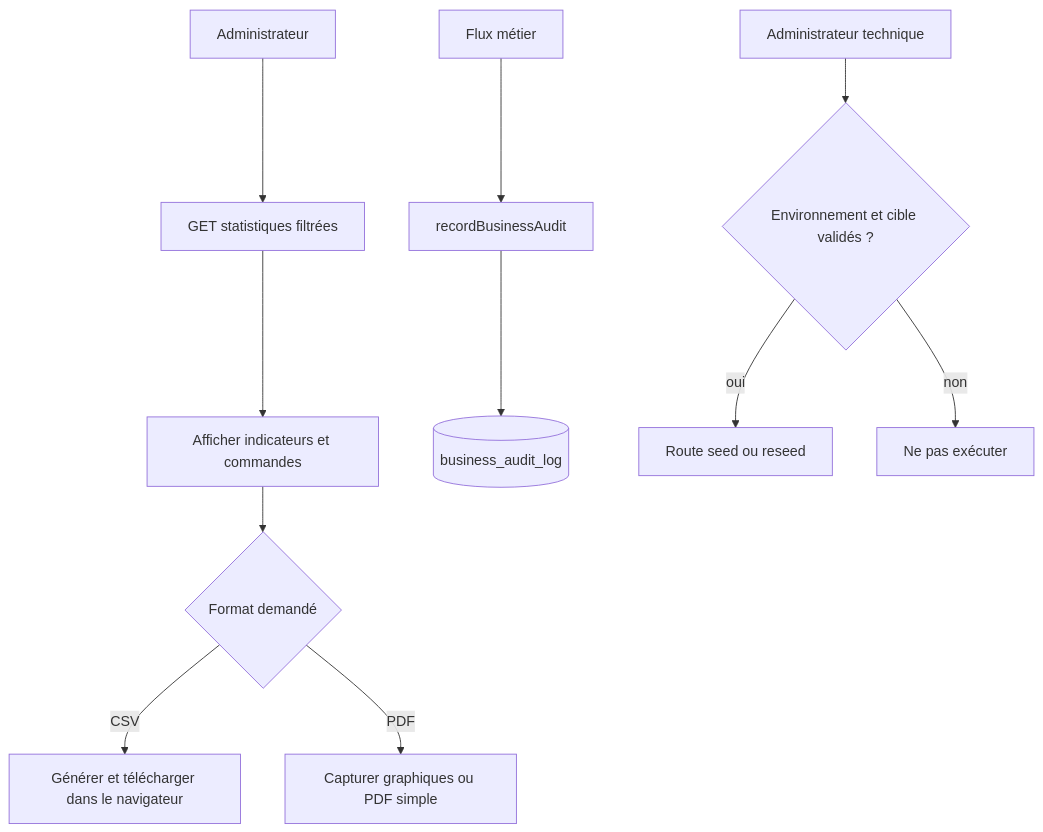
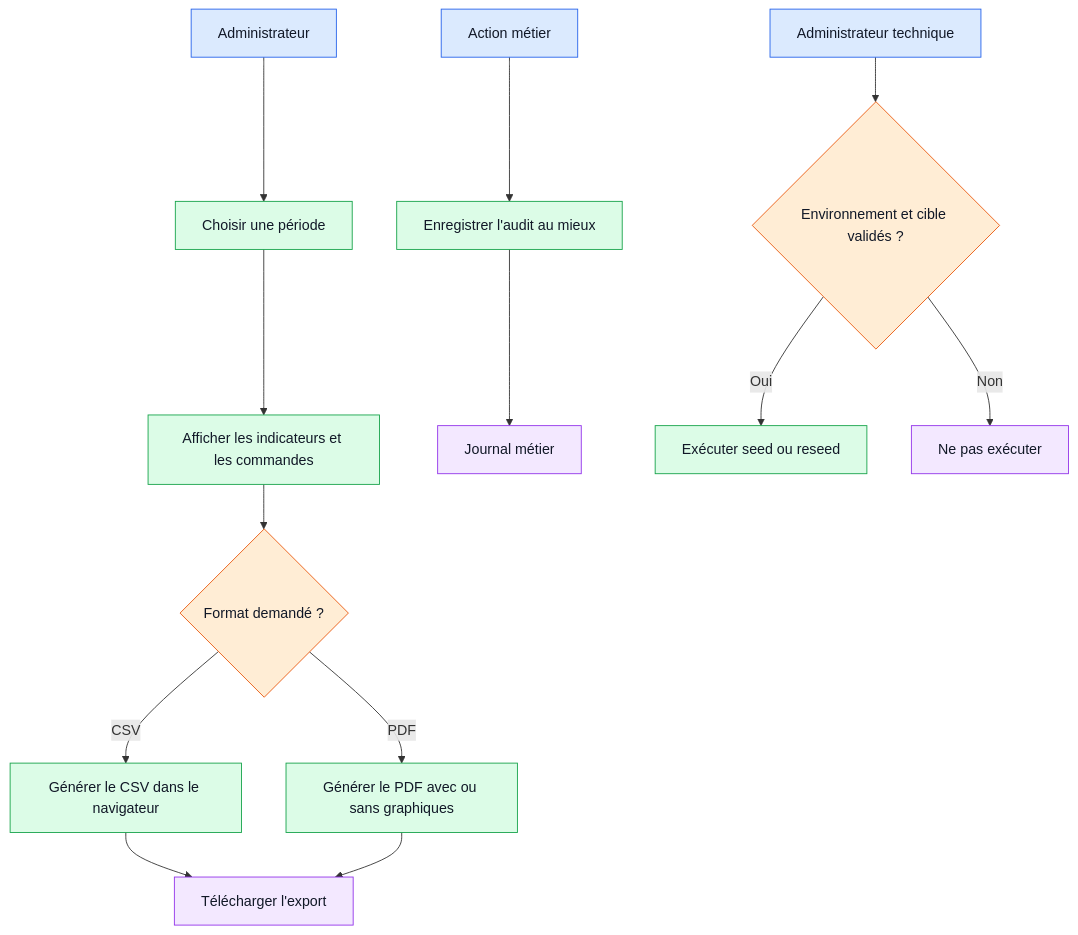
One commit to LordVERTON/danemo-website changed the second of 2 diagrams in docs/workflows/08-analyses-exports-et-demonstration.md. Above: the diagram before and after it, drawn with Mermaid. The commit also changed other lines of this file and 8 other files, not shown here.

Commit message:
docs(workflows): add sequence and simplified diagrams

````diff
--- a/docs/workflows/08-analyses-exports-et-demonstration.md
+++ b/docs/workflows/08-analyses-exports-et-demonstration.md
@@ -33,13 +56,24 @@
 ```mermaid
 flowchart TD
-  A[Administrateur] --> B[GET statistiques filtrées]
-  B --> C[Afficher indicateurs et commandes]
-  C --> D{Format demandé}
-  D -- CSV --> E[Générer et télécharger dans le navigateur]
-  D -- PDF --> F[Capturer graphiques ou PDF simple]
-  G[Flux métier] --> H[recordBusinessAudit]
-  H --> I[(business_audit_log)]
-  J[Administrateur technique] --> K{Environnement et cible validés ?}
-  K -- oui --> L[Route seed ou reseed]
-  K -- non --> M[Ne pas exécuter]
+  A[Administrateur] --> B[Choisir une période]
+  B --> C[Afficher les indicateurs et les commandes]
+  C --> D{Format demandé ?}
+  D -- CSV --> E[Générer le CSV dans le navigateur]
+  D -- PDF --> F[Générer le PDF avec ou sans graphiques]
+  E --> G[Télécharger l'export]
+  F --> G
+  H[Action métier] --> I[Enregistrer l'audit au mieux]
+  I --> J[Journal métier]
+  K[Administrateur technique] --> L{Environnement et cible validés ?}
+  L -- Oui --> M[Exécuter seed ou reseed]
+  L -- Non --> N[Ne pas exécuter]
+
+  classDef actor fill:#dbeafe,stroke:#2563eb,color:#111827;
+  classDef control fill:#ffedd5,stroke:#ea580c,color:#111827;
+  classDef action fill:#dcfce7,stroke:#16a34a,color:#111827;
+  classDef result fill:#f3e8ff,stroke:#9333ea,color:#111827;
+  class A,H,K actor;
+  class D,L control;
+  class B,C,E,F,I,M action;
+  class G,J,N result;
 ```
````
